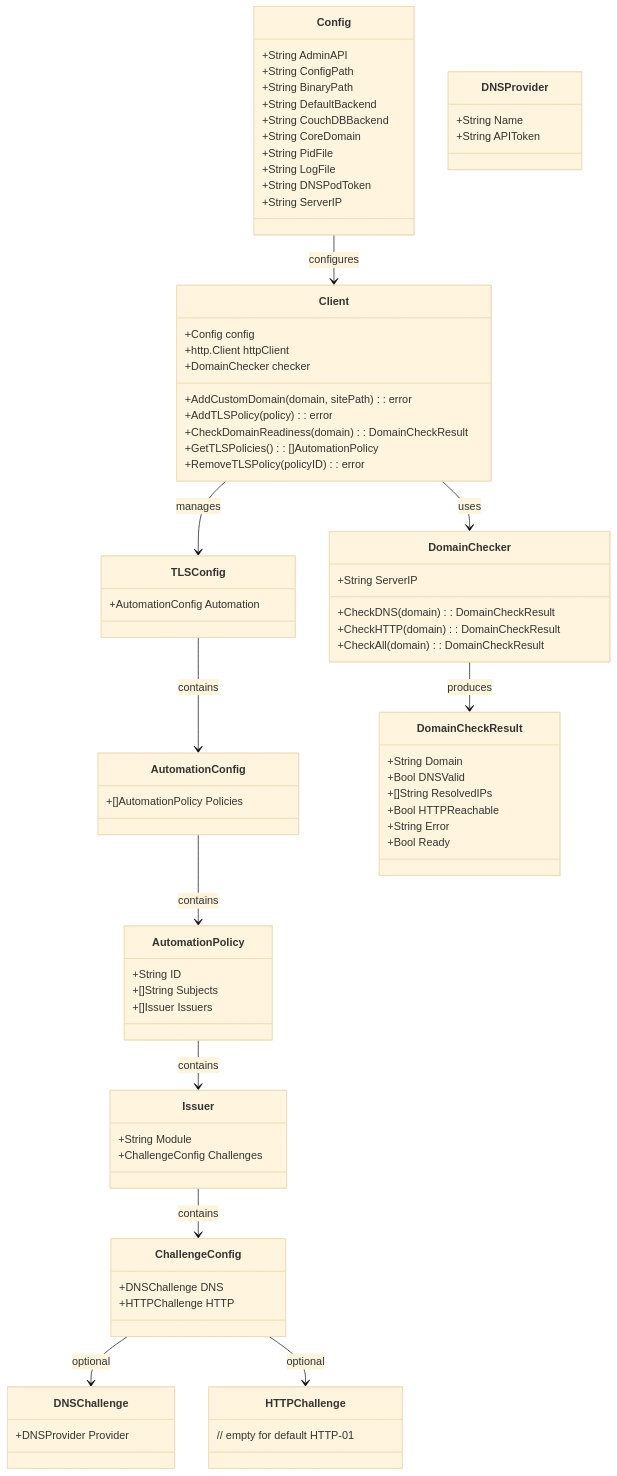
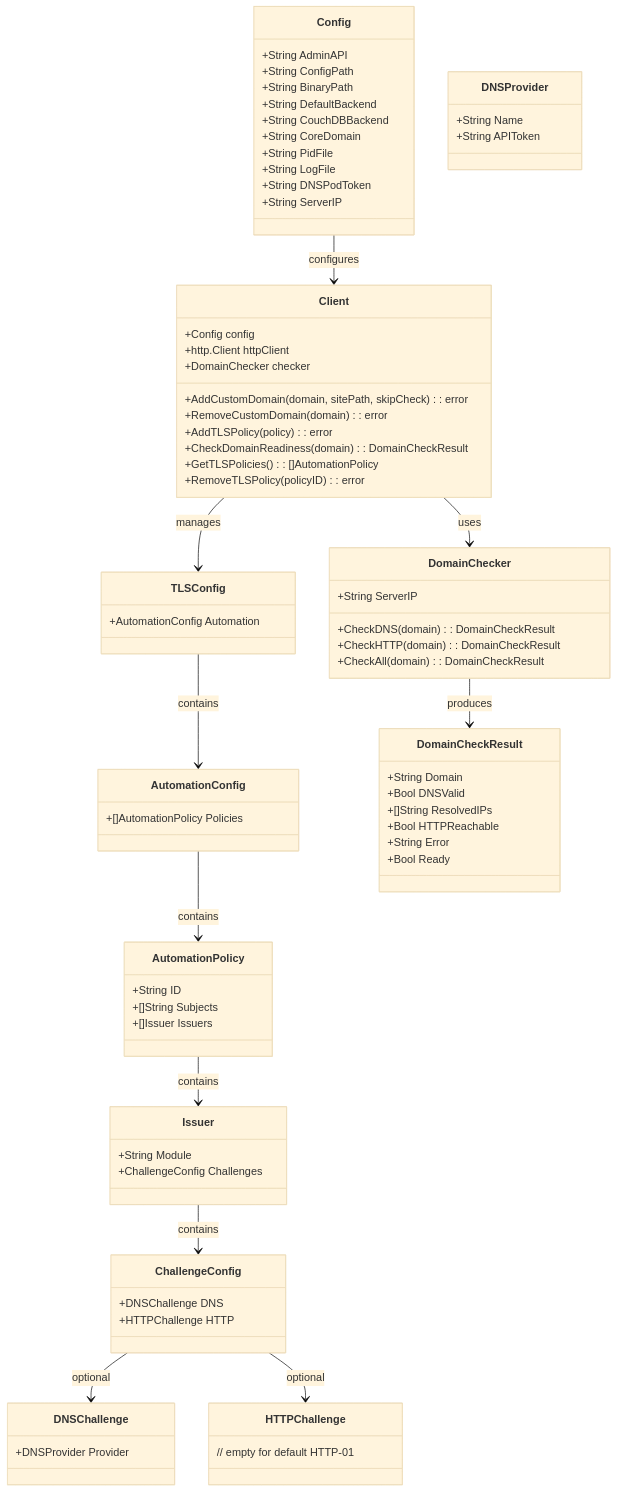
One commit to mdfriday/hugoverse changed the diagram in .mdfriday/caddy-tls-impl.md. Above: the diagram before and after it, drawn with Mermaid (base theme). The commit also changed other lines of this file and 1 other file, not shown here.

```diff
--- a/.mdfriday/caddy-tls-impl.md
+++ b/.mdfriday/caddy-tls-impl.md
@@ -80,7 +80,8 @@
     +Config config
     +http.Client httpClient
     +DomainChecker checker
-    +AddCustomDomain(domain, sitePath): error
+    +AddCustomDomain(domain, sitePath, skipCheck): error
+    +RemoveCustomDomain(domain): error
     +AddTLSPolicy(policy): error
     +CheckDomainReadiness(domain): DomainCheckResult
     +GetTLSPolicies(): []AutomationPolicy
```
